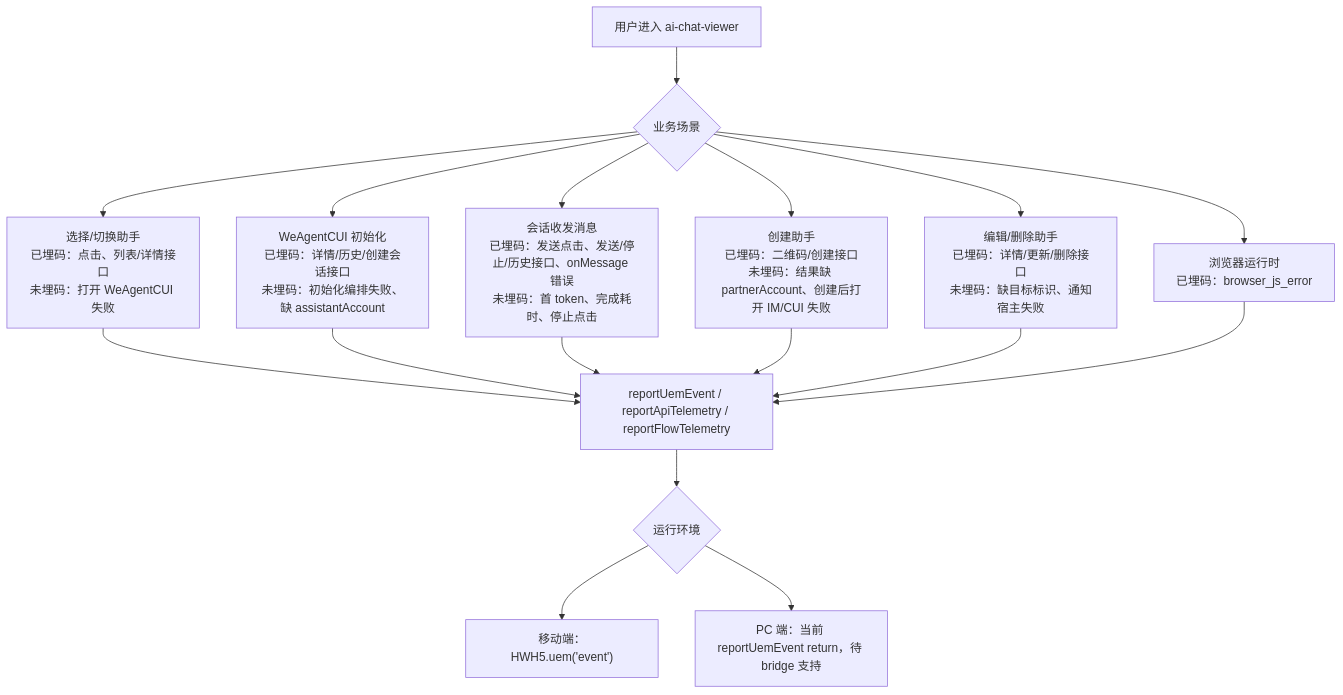
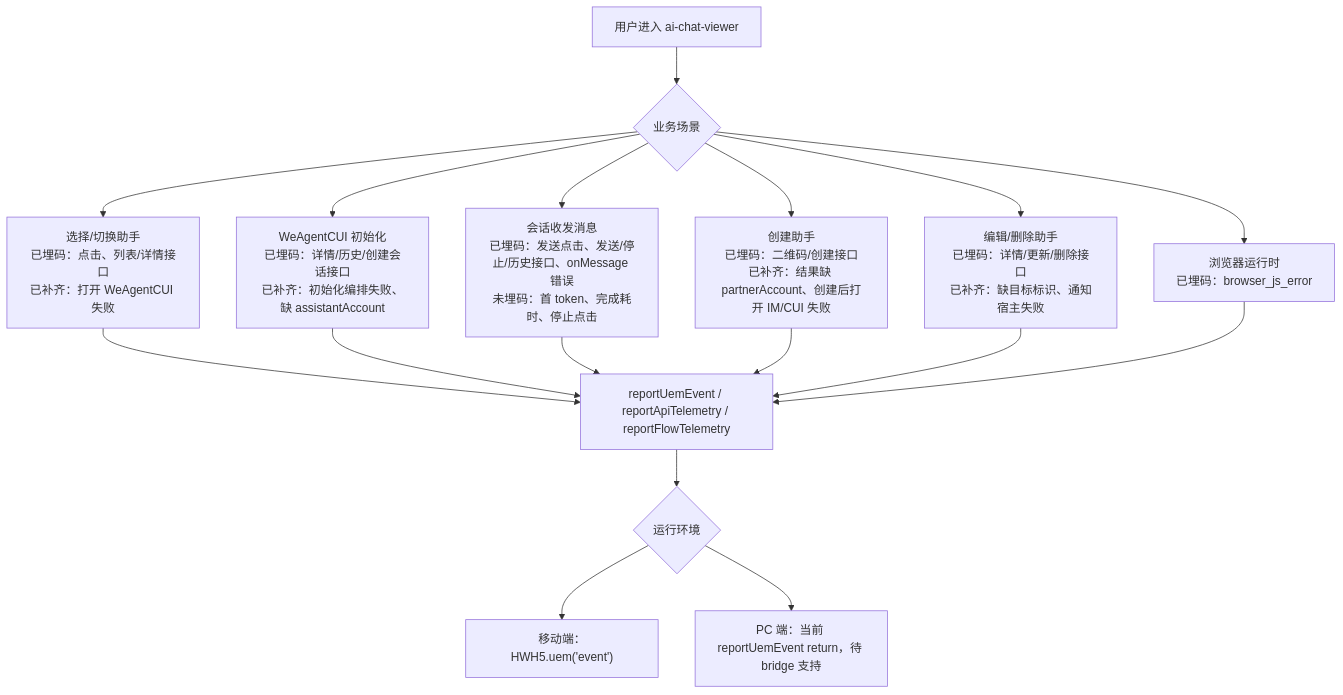
The first of 5 diagrams in ai-chat-viewer/docs/plans/2026-06-11-ai-chat-viewer-telemetry-inventory-plan.md (Abelsjcheng/skillSDK), drawn with Mermaid before and after one commit. The commit also changed other lines of this file and 12 other files, not shown here.

Commit message:
feat: add core flow error telemetry

````diff
--- a/ai-chat-viewer/docs/plans/2026-06-11-ai-chat-viewer-telemetry-inventory-plan.md
+++ b/ai-chat-viewer/docs/plans/2026-06-11-ai-chat-viewer-telemetry-inventory-plan.md
@@ -39,22 +39,22 @@
 ```mermaid
 flowchart TD
     A["用户进入 ai-chat-viewer"] --> B{"业务场景"}
 
-    B --> C["选择/切换助手<br/>已埋码：点击、列表/详情接口<br/>未埋码：打开 WeAgentCUI 失败"]
-    B --> D["WeAgentCUI 初始化<br/>已埋码：详情/历史/创建会话接口<br/>未埋码：初始化编排失败、缺 assistantAccount"]
+    B --> C["选择/切换助手<br/>已埋码：点击、列表/详情接口<br/>已补齐：打开 WeAgentCUI 失败"]
+    B --> D["WeAgentCUI 初始化<br/>已埋码：详情/历史/创建会话接口<br/>已补齐：初始化编排失败、缺 assistantAccount"]
     B --> E["会话收发消息<br/>已埋码：发送点击、发送/停止/历史接口、onMessage 错误<br/>未埋码：首 token、完成耗时、停止点击"]
-    B --> F["创建助手<br/>已埋码：二维码/创建接口<br/>未埋码：结果缺 partnerAccount、创建后打开 IM/CUI 失败"]
-    B --> G["编辑/删除助手<br/>已埋码：详情/更新/删除接口<br/>未埋码：缺目标标识、通知宿主失败"]
+    B --> F["创建助手<br/>已埋码：二维码/创建接口<br/>已补齐：结果缺 partnerAccount、创建后打开 IM/CUI 失败"]
+    B --> G["编辑/删除助手<br/>已埋码：详情/更新/删除接口<br/>已补齐：缺目标标识、通知宿主失败"]
     B --> H["浏览器运行时<br/>已埋码：browser_js_error"]
 
     C --> I["reportUemEvent / reportApiTelemetry / reportFlowTelemetry"]
     D --> I
     E --> I
     F --> I
     G --> I
     H --> I
 
     I --> J{"运行环境"}
     J --> K["移动端：HWH5.uem('event')"]
     J --> L["PC 端：当前 reportUemEvent return，待 bridge 支持"]
 ```
````
